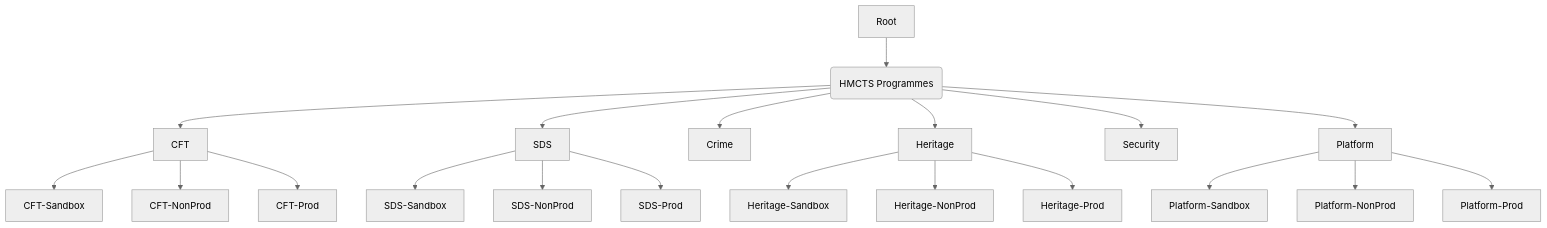
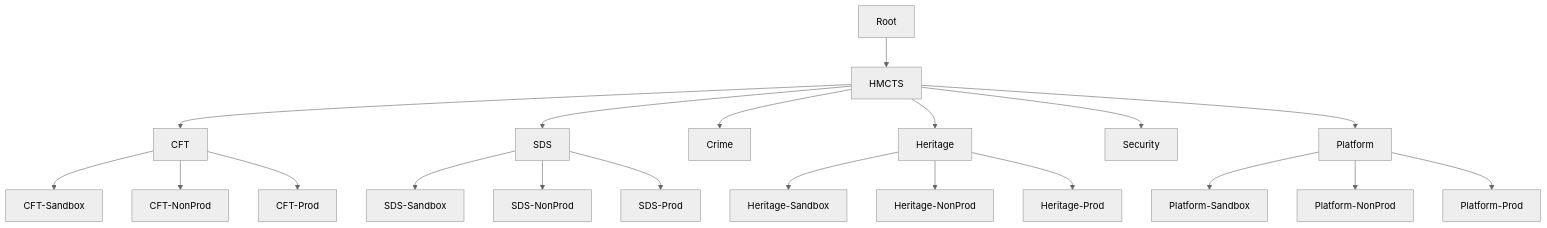
The diagram in README.md (hmcts/azure-subscriptions), drawn with Mermaid (neutral theme) before and after one commit. The commit also changed 2 other files, not shown here.

Commit message:
DTSPO-9745 Change SP to one with permission (#26)

````diff
--- a/README.md
+++ b/README.md
@@ -6,25 +6,25 @@
 ```mermaid
 graph TD
-    Root --> HMCTS(HMCTS Programmes)
+    Root --> HMCTS
     HMCTS --> CFT
     HMCTS --> SDS
     HMCTS --> Crime
     HMCTS --> Heritage
     HMCTS --> Security
     HMCTS --> Platform
     CFT --> CFT-Sandbox
     CFT --> CFT-NonProd
     CFT --> CFT-Prod
 
     SDS --> SDS-Sandbox
     SDS --> SDS-NonProd
     SDS --> SDS-Prod
 
     Heritage --> Heritage-Sandbox
     Heritage --> Heritage-NonProd
     Heritage --> Heritage-Prod
 
     Platform --> Platform-Sandbox
     Platform --> Platform-NonProd
     Platform --> Platform-Prod
 ```
````
